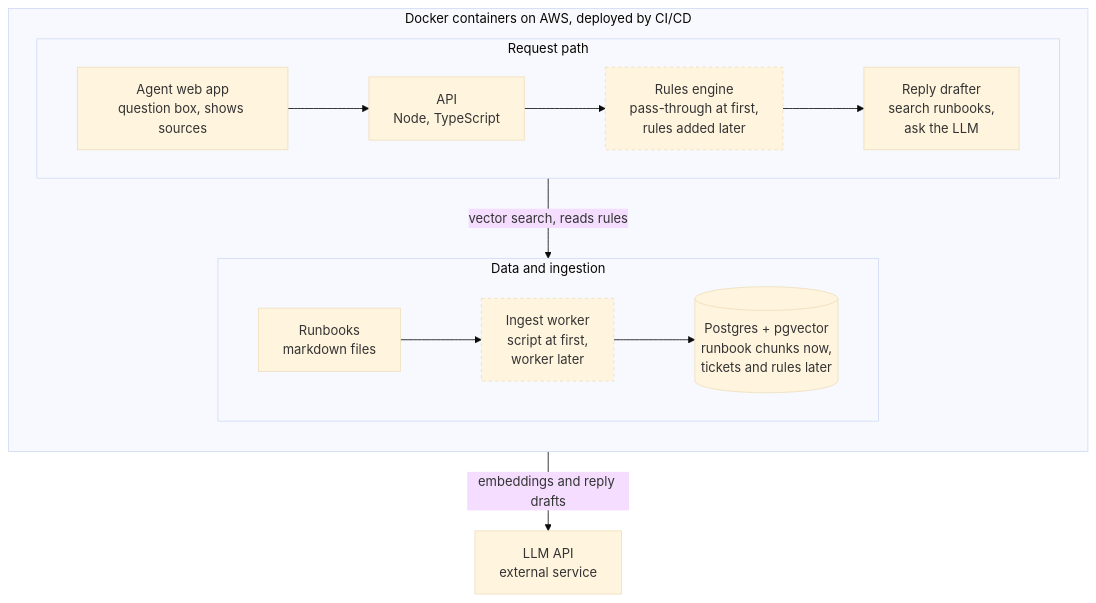
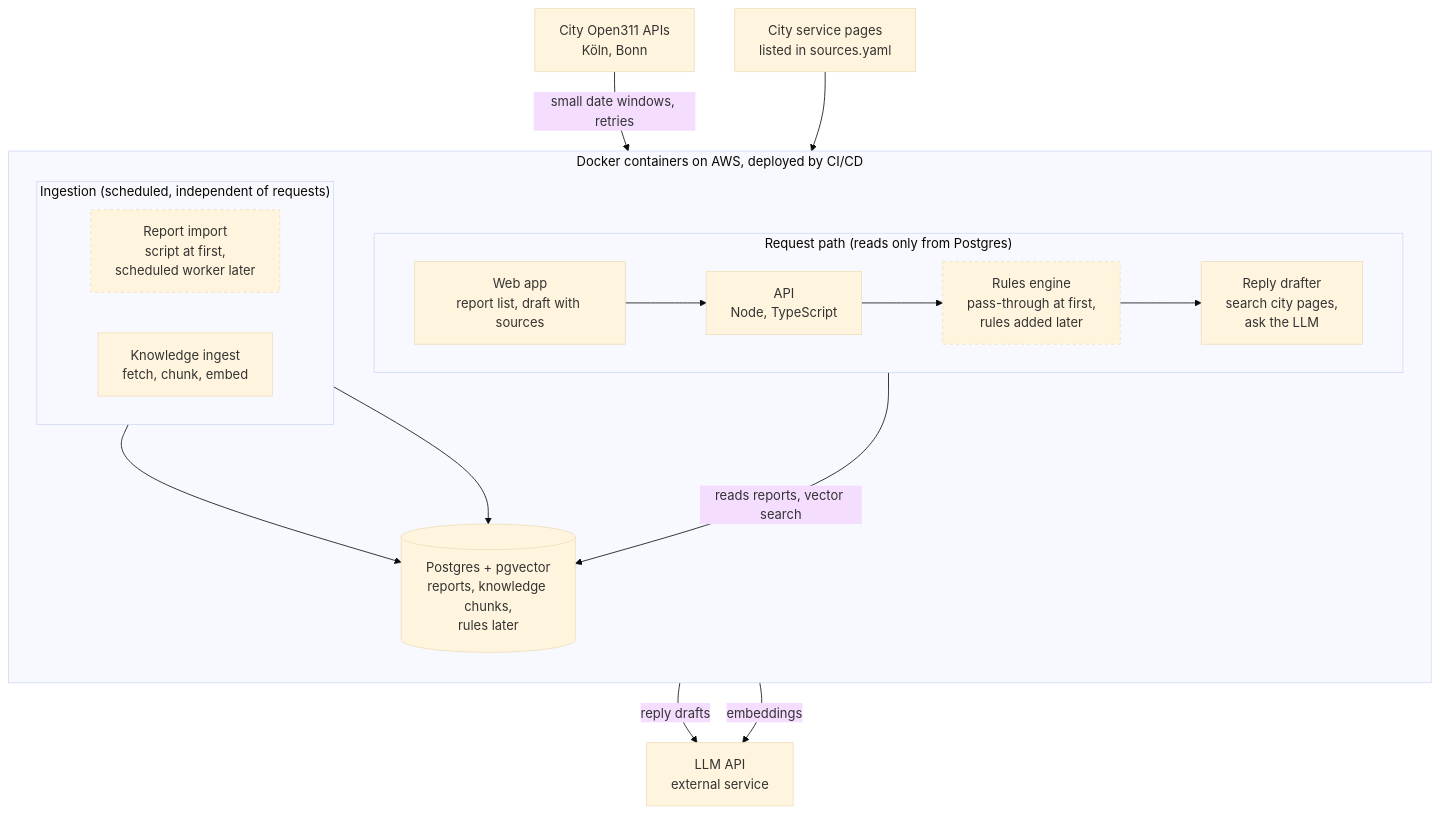
Before and after one commit to dariooliveirajr/civic-report-triage: the diagram in docs/DESIGN.md, drawn with Mermaid (base theme). The commit also changed other lines of this file and 15 other files, not shown here.

Commit message:
Switch project to civic report triage (Open311 reports + city pages)

````diff
--- a/docs/DESIGN.md
+++ b/docs/DESIGN.md
@@ -29,19 +24,28 @@
 ```mermaid
 flowchart TB
+  cities["City Open311 APIs<br/>Köln, Bonn"]
+  pages["City service pages<br/>listed in sources.yaml"]
   llm["LLM API<br/>external service"]
   subgraph aws["Docker containers on AWS, deployed by CI/CD"]
     direction TB
-    subgraph req["Request path"]
+    subgraph req["Request path (reads only from Postgres)"]
       direction LR
-      web["Agent web app<br/>question box, shows sources"] --> api["API<br/>Node, TypeScript"] --> rules["Rules engine<br/>pass-through at first,<br/>rules added later"] --> drafter["Reply drafter<br/>search runbooks,<br/>ask the LLM"]
+      web["Web app<br/>report list, draft with sources"] --> api["API<br/>Node, TypeScript"] --> rules["Rules engine<br/>pass-through at first,<br/>rules added later"] --> drafter["Reply drafter<br/>search city pages,<br/>ask the LLM"]
     end
-    subgraph store["Data and ingestion"]
+    subgraph ingest["Ingestion (scheduled, independent of requests)"]
       direction LR
-      runbooks["Runbooks<br/>markdown files"] --> worker["Ingest worker<br/>script at first,<br/>worker later"] --> db[("Postgres + pgvector<br/>runbook chunks now,<br/>tickets and rules later")]
+      importer["Report import<br/>script at first,<br/>scheduled worker later"]
+      kb["Knowledge ingest<br/>fetch, chunk, embed"]
     end
-    req -->|"vector search, reads rules"| store
+    db[("Postgres + pgvector<br/>reports, knowledge chunks,<br/>rules later")]
+    req -->|"reads reports, vector search"| db
+    importer --> db
+    kb --> db
   end
-  aws -->|"embeddings and reply drafts"| llm
+  cities -->|"small date windows, retries"| importer
+  pages --> kb
+  drafter -->|"reply drafts"| llm
+  kb -->|"embeddings"| llm
   style rules stroke-dasharray: 4 4
-  style worker stroke-dasharray: 4 4
+  style importer stroke-dasharray: 4 4
 ```
````
